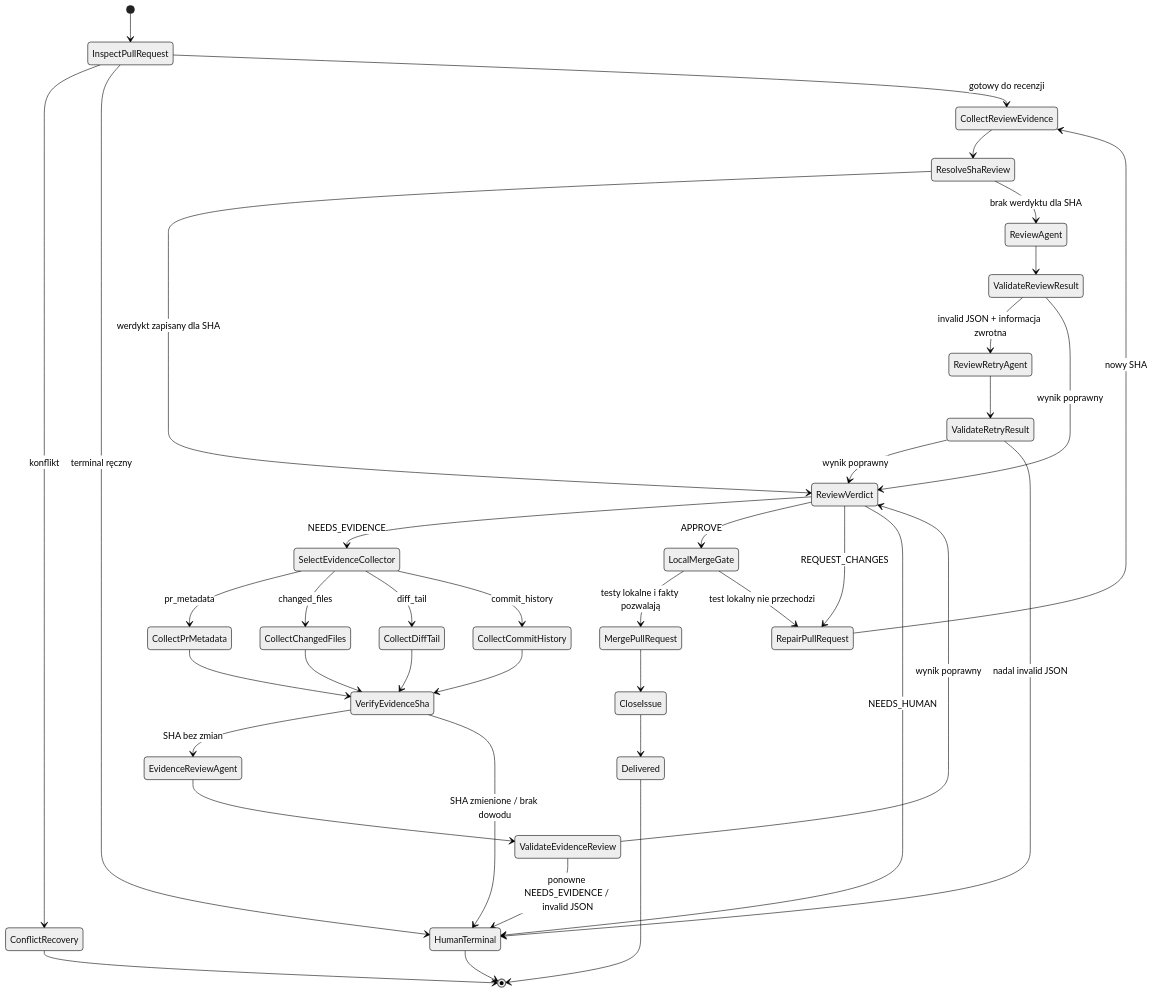
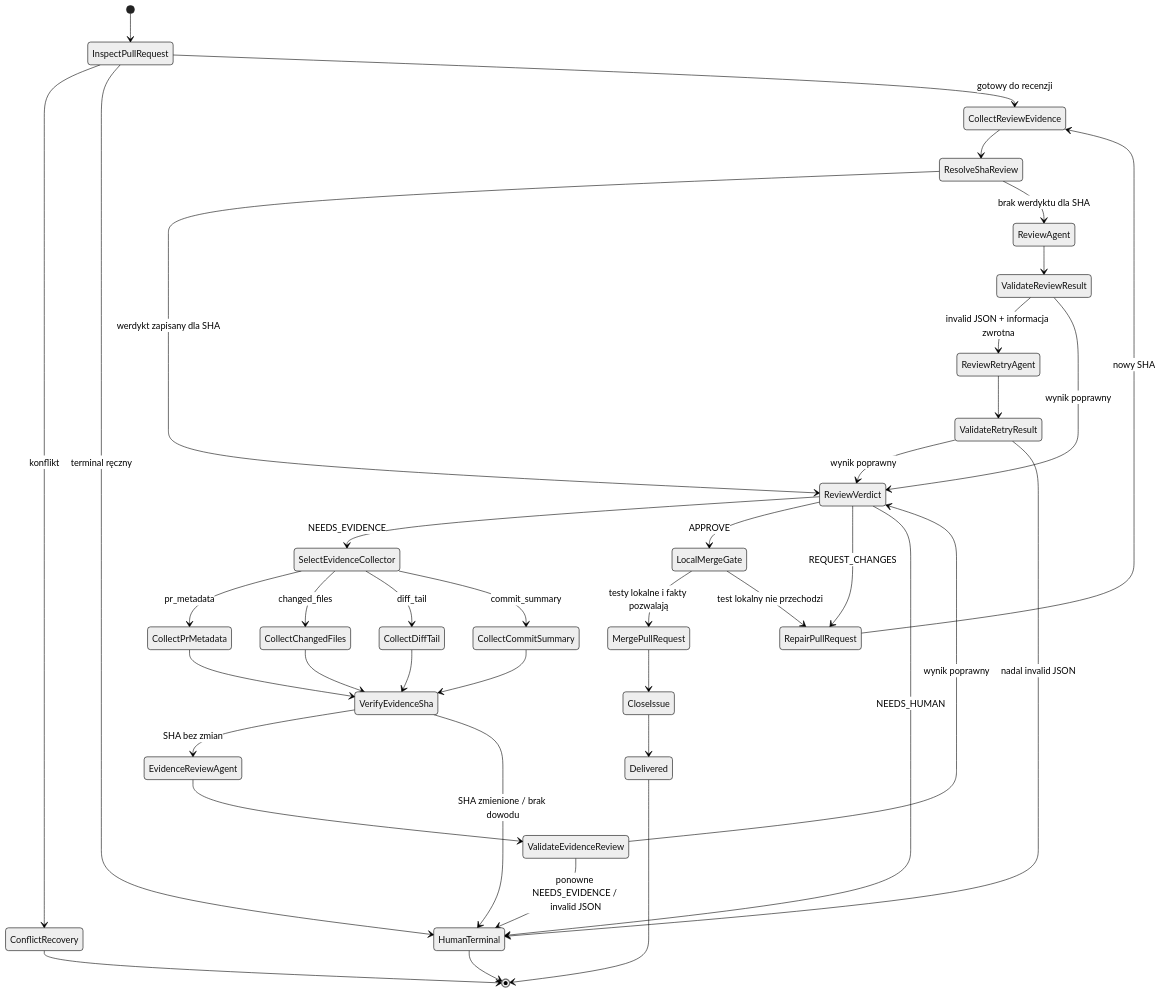
Before and after one commit to mikolaj92/lokay: the fourth of 6 diagrams in README.md, drawn with Mermaid (neutral theme). The commit also changed other lines of this file and 11 other files, not shown here.

````diff
--- a/README.md
+++ b/README.md
@@ -156,41 +156,41 @@
 ```mermaid
 stateDiagram-v2
     [*] --> InspectPullRequest
     InspectPullRequest --> ConflictRecovery: konflikt
     InspectPullRequest --> HumanTerminal: terminal ręczny
     InspectPullRequest --> CollectReviewEvidence: gotowy do recenzji
     CollectReviewEvidence --> ResolveShaReview
     ResolveShaReview --> ReviewVerdict: werdykt zapisany dla SHA
     ResolveShaReview --> ReviewAgent: brak werdyktu dla SHA
     ReviewAgent --> ValidateReviewResult
     ValidateReviewResult --> ReviewRetryAgent: invalid JSON + informacja zwrotna
     ReviewRetryAgent --> ValidateRetryResult
     ValidateRetryResult --> ReviewVerdict: wynik poprawny
     ValidateRetryResult --> HumanTerminal: nadal invalid JSON
     ValidateReviewResult --> ReviewVerdict: wynik poprawny
     ReviewVerdict --> SelectEvidenceCollector: NEEDS_EVIDENCE
     SelectEvidenceCollector --> CollectPrMetadata: pr_metadata
     SelectEvidenceCollector --> CollectChangedFiles: changed_files
     SelectEvidenceCollector --> CollectDiffTail: diff_tail
-    SelectEvidenceCollector --> CollectCommitHistory: commit_history
+    SelectEvidenceCollector --> CollectCommitSummary: commit_summary
     CollectPrMetadata --> VerifyEvidenceSha
     CollectChangedFiles --> VerifyEvidenceSha
     CollectDiffTail --> VerifyEvidenceSha
-    CollectCommitHistory --> VerifyEvidenceSha
+    CollectCommitSummary --> VerifyEvidenceSha
     VerifyEvidenceSha --> EvidenceReviewAgent: SHA bez zmian
     VerifyEvidenceSha --> HumanTerminal: SHA zmienione / brak dowodu
     EvidenceReviewAgent --> ValidateEvidenceReview
     ValidateEvidenceReview --> ReviewVerdict: wynik poprawny
     ValidateEvidenceReview --> HumanTerminal: ponowne NEEDS_EVIDENCE / invalid JSON
     ReviewVerdict --> LocalMergeGate: APPROVE
     ReviewVerdict --> RepairPullRequest: REQUEST_CHANGES
     ReviewVerdict --> HumanTerminal: NEEDS_HUMAN
     RepairPullRequest --> CollectReviewEvidence: nowy SHA
     LocalMergeGate --> MergePullRequest: testy lokalne i fakty pozwalają
     LocalMergeGate --> RepairPullRequest: test lokalny nie przechodzi
     MergePullRequest --> CloseIssue
     CloseIssue --> Delivered
     ConflictRecovery --> [*]
     HumanTerminal --> [*]
     Delivered --> [*]
 ```
````
